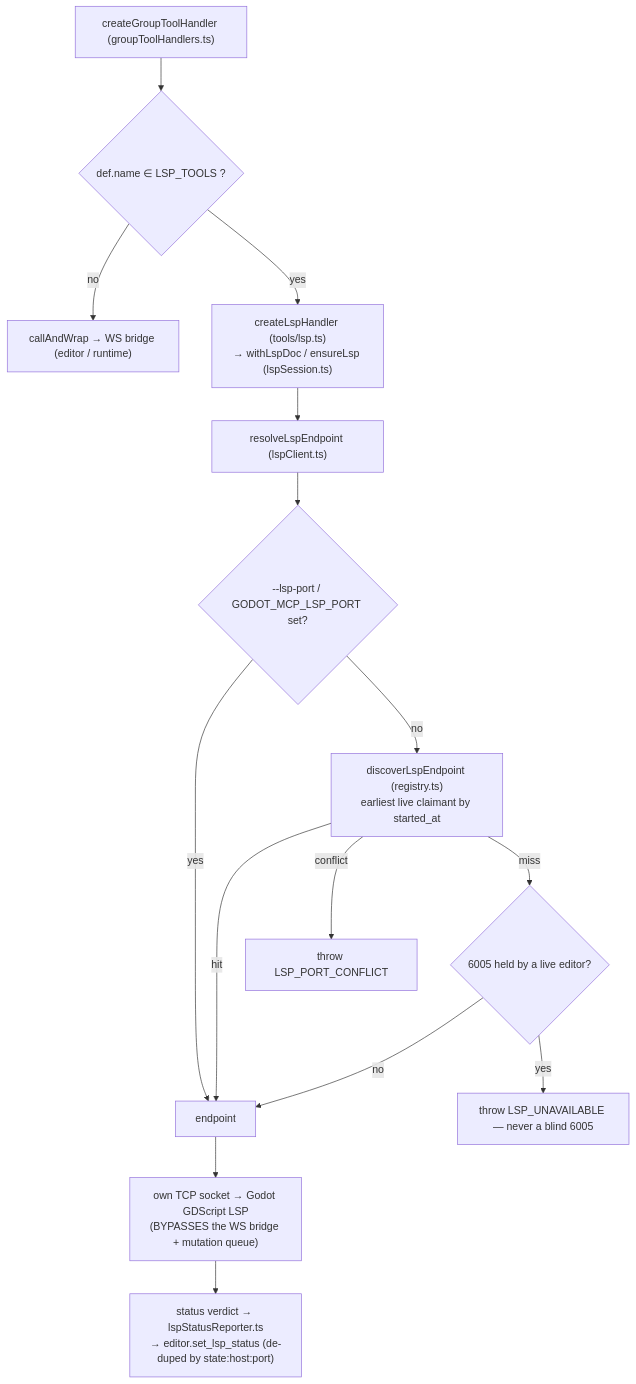
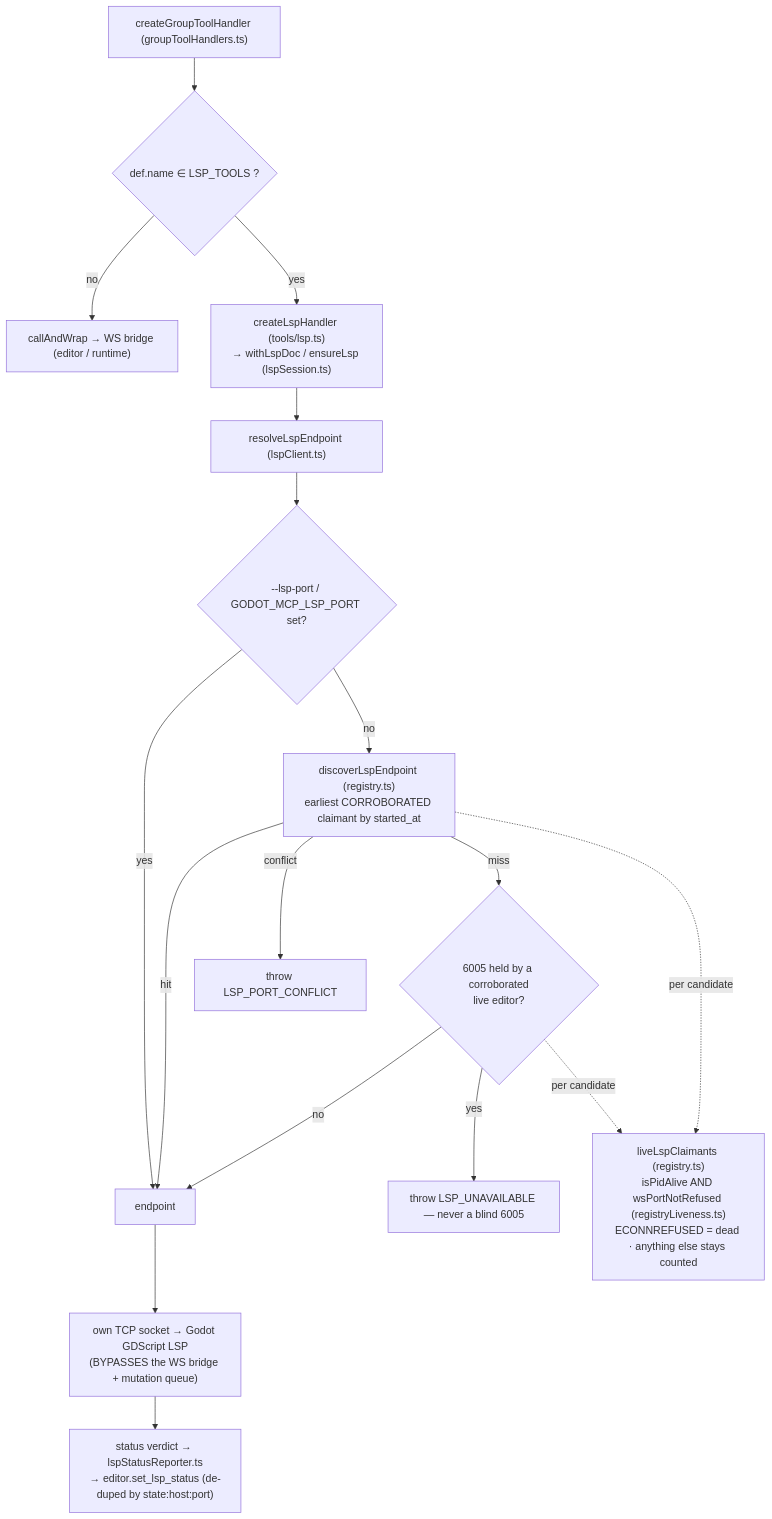
One commit to NPGameDev/godot-mcp-server changed the tenth of 13 diagrams in docs/architecture/README.md. Above: the diagram before and after it, drawn with Mermaid. The commit also changed other lines of this file and 35 other files, not shown here.

````diff
--- a/docs/architecture/README.md
+++ b/docs/architecture/README.md
@@ -538,17 +542,19 @@
 ```mermaid
 flowchart TD
     dispatch["createGroupToolHandler (groupToolHandlers.ts)"] --> isLsp{"def.name ∈ LSP_TOOLS ?"}
     isLsp -->|"no"| brdg["callAndWrap → WS bridge (editor / runtime)"]
     isLsp -->|"yes"| lspH["createLspHandler (tools/lsp.ts)<br/>→ withLspDoc / ensureLsp (lspSession.ts)"]
     lspH --> resolve["resolveLspEndpoint (lspClient.ts)"]
     resolve --> t1{"--lsp-port / GODOT_MCP_LSP_PORT set?"}
     t1 -->|"yes"| ep["endpoint"]
-    t1 -->|"no"| t2["discoverLspEndpoint (registry.ts)<br/>earliest live claimant by started_at"]
+    t1 -->|"no"| t2["discoverLspEndpoint (registry.ts)<br/>earliest CORROBORATED claimant by started_at"]
     t2 -->|"hit"| ep
     t2 -->|"conflict"| confl["throw LSP_PORT_CONFLICT"]
-    t2 -->|"miss"| t3{"6005 held by a live editor?"}
+    t2 -->|"miss"| t3{"6005 held by a corroborated<br/>live editor?"}
     t3 -->|"no"| ep
     t3 -->|"yes"| unavail["throw LSP_UNAVAILABLE — never a blind 6005"]
+    t2 -.->|"per candidate"| corrob["liveLspClaimants (registry.ts)<br/>isPidAlive AND wsPortNotRefused (registryLiveness.ts)<br/>ECONNREFUSED = dead · anything else stays counted"]
+    t3 -.->|"per candidate"| corrob
     ep --> tcp["own TCP socket → Godot GDScript LSP<br/>(BYPASSES the WS bridge + mutation queue)"]
     tcp --> verdict["status verdict → lspStatusReporter.ts<br/>→ editor.set_lsp_status (de-duped by state:host:port)"]
 ```
````
